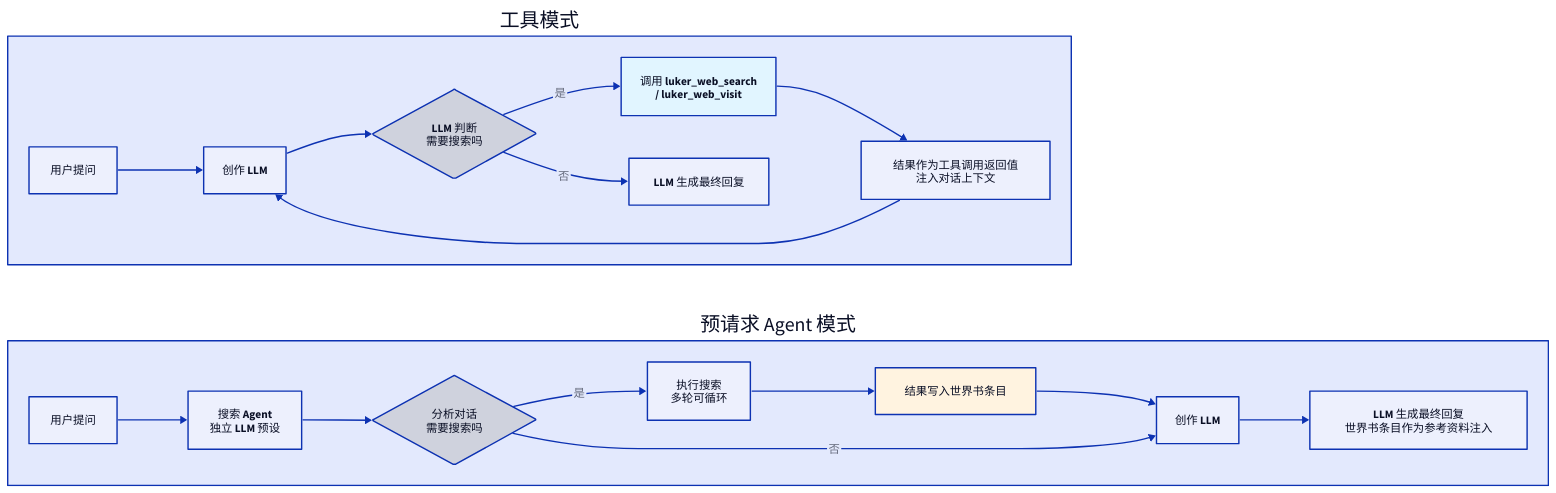
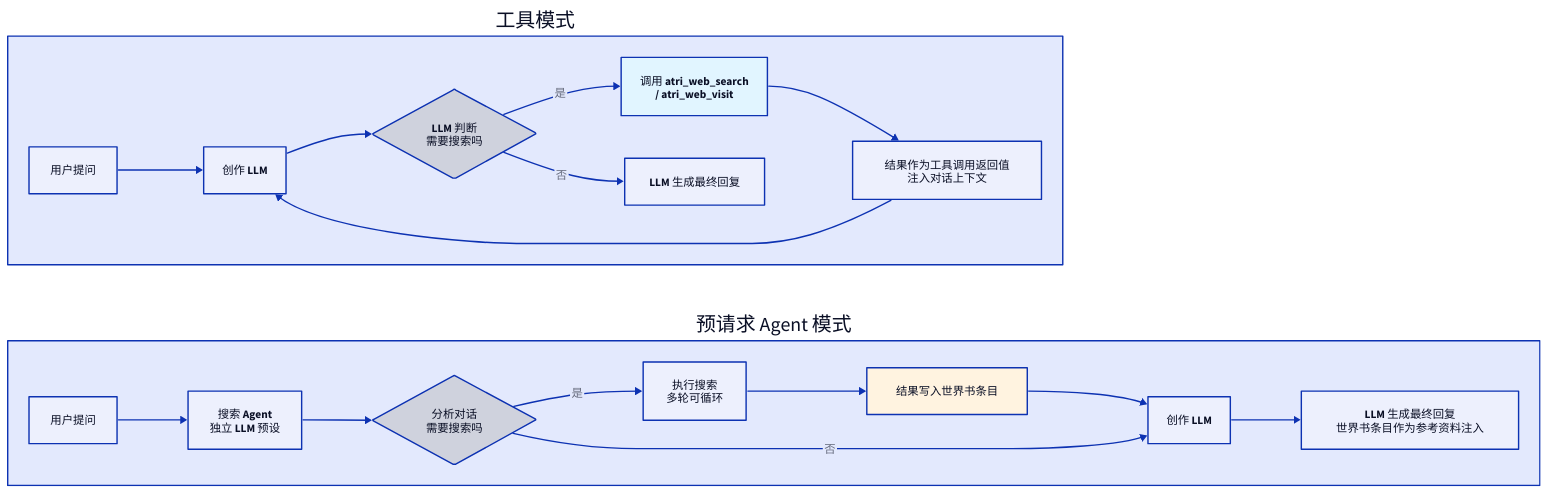
Before and after one commit to ZZZdragondYNGPHX/Atria: the diagram in docs/zh-CN/features/search-tools.md, drawn with D2. The commit also changed other lines of this file and 1235 other files, not shown here.

````diff
--- a/docs/zh-CN/features/search-tools.md
+++ b/docs/zh-CN/features/search-tools.md
@@ -7,41 +7,41 @@
 ```d2
 direction: right
 
 TOOL: "工具模式" {
   T_USER: "用户提问"
   T_LLM: "创作 LLM"
   T_DECIDE: "LLM 判断\n需要搜索吗" {
     shape: diamond
   }
-  T_TOOL: "调用 luker_web_search\n/ luker_web_visit" {
+  T_TOOL: "调用 atri_web_search\n/ atri_web_visit" {
     style.fill: "#e1f5ff"
   }
   T_RESULT: "结果作为工具调用返回值\n注入对话上下文"
   T_FINAL: "LLM 生成最终回复"
 
   T_USER -> T_LLM -> T_DECIDE
   T_DECIDE -> T_TOOL: "是"
   T_TOOL -> T_RESULT
   T_RESULT -> T_LLM
   T_DECIDE -> T_FINAL: "否"
 }
 
 AGENT: "预请求 Agent 模式" {
   A_USER: "用户提问"
   A_AGENT: "搜索 Agent\n独立 LLM 预设"
   A_DECIDE: "分析对话\n需要搜索吗" {
     shape: diamond
   }
   A_SEARCH: "执行搜索\n多轮可循环"
   A_WRITE: "结果写入世界书条目" {
     style.fill: "#fff3e0"
   }
   A_LLM: "创作 LLM"
   A_FINAL: "LLM 生成最终回复\n世界书条目作为参考资料注入"
 
   A_USER -> A_AGENT -> A_DECIDE
   A_DECIDE -> A_SEARCH: "是"
   A_SEARCH -> A_WRITE -> A_LLM -> A_FINAL
   A_DECIDE -> A_LLM: "否"
 }
 ```
````
